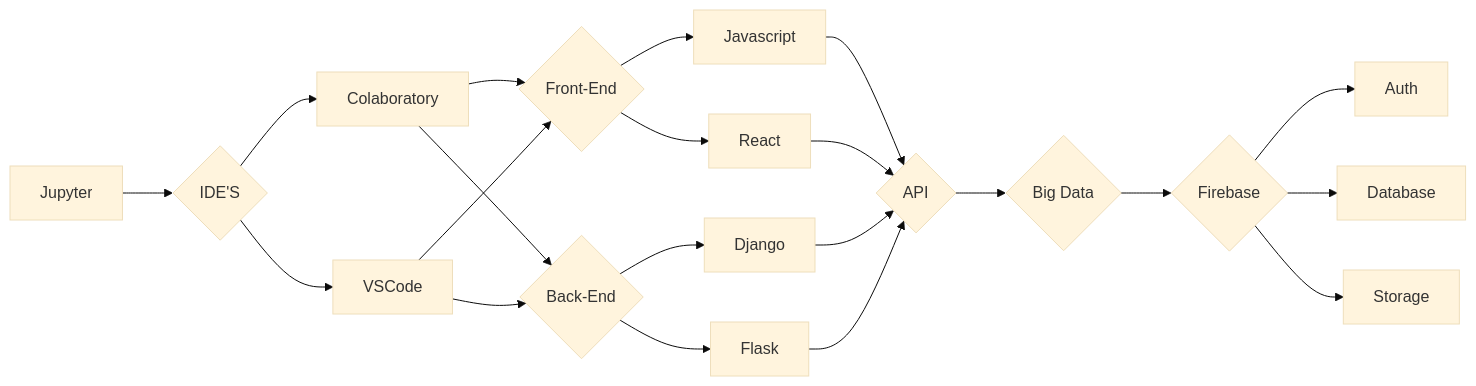
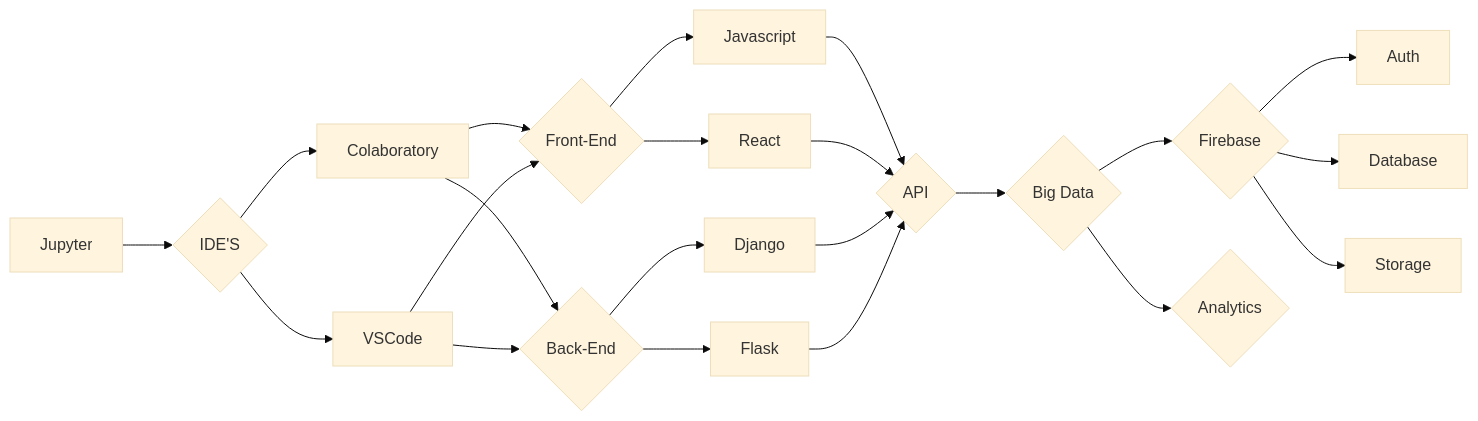
The first of 2 diagrams in README.md (SauloCandeira/SauloCandeira), drawn with Mermaid (base theme) before and after one commit.

````diff
--- a/README.md
+++ b/README.md
@@ -61,31 +61,31 @@
 ```mermaid
 flowchart LR
 
 M[Jupyter] --> Z{IDE'S} 
 
 Z{IDE'S} --> K[Colaboratory]
 Z  --> L
 
 K[Colaboratory] --> A{Front-End} 
 K --> B{Back-End}
 L[VSCode] --> A{Front-End} 
 L --> B{Back-End}
 
 A{Front-End} --> I[Javascript] --> O{API} 
 A{Front-End} --> J[React] --> O{API} 
 
 B{Back-End} --> G[Django] --> O{API} 
 B{Back-End} --> H[Flask] --> O{API} 
 
 
 
 O{API} --> N{Big Data}
 
 
 N{Big Data} --> C{Firebase}
-
+N --> P{Analytics}
 
 C --> D[Auth]
 C --> E[Database]
 C --> F[Storage]
 ```
````
